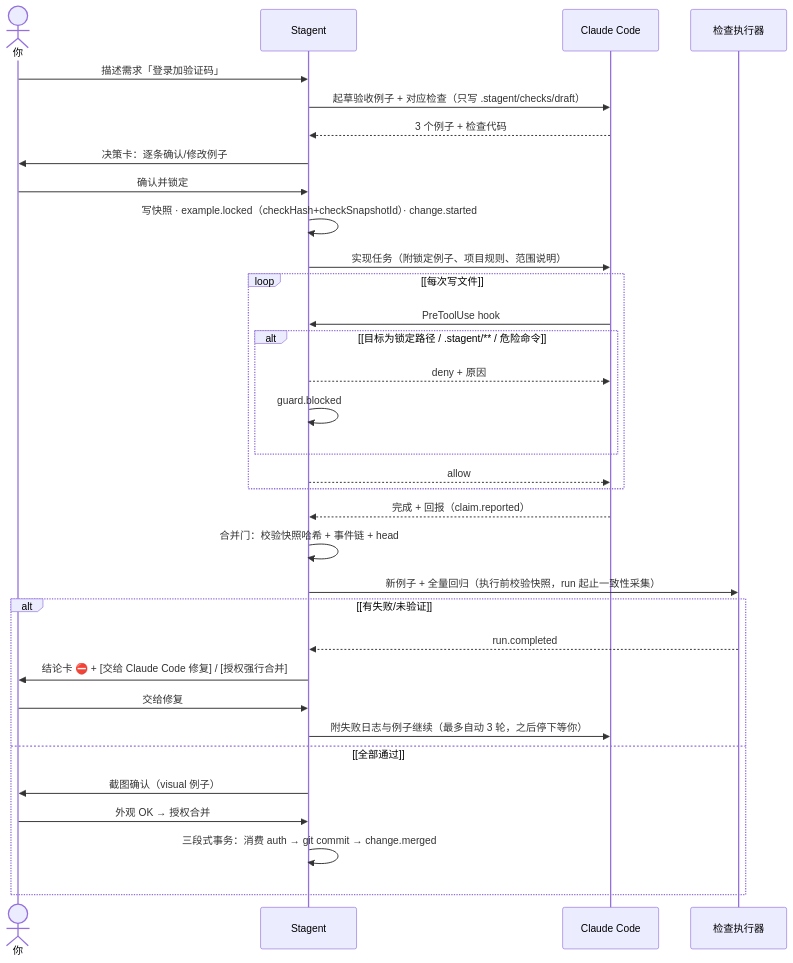
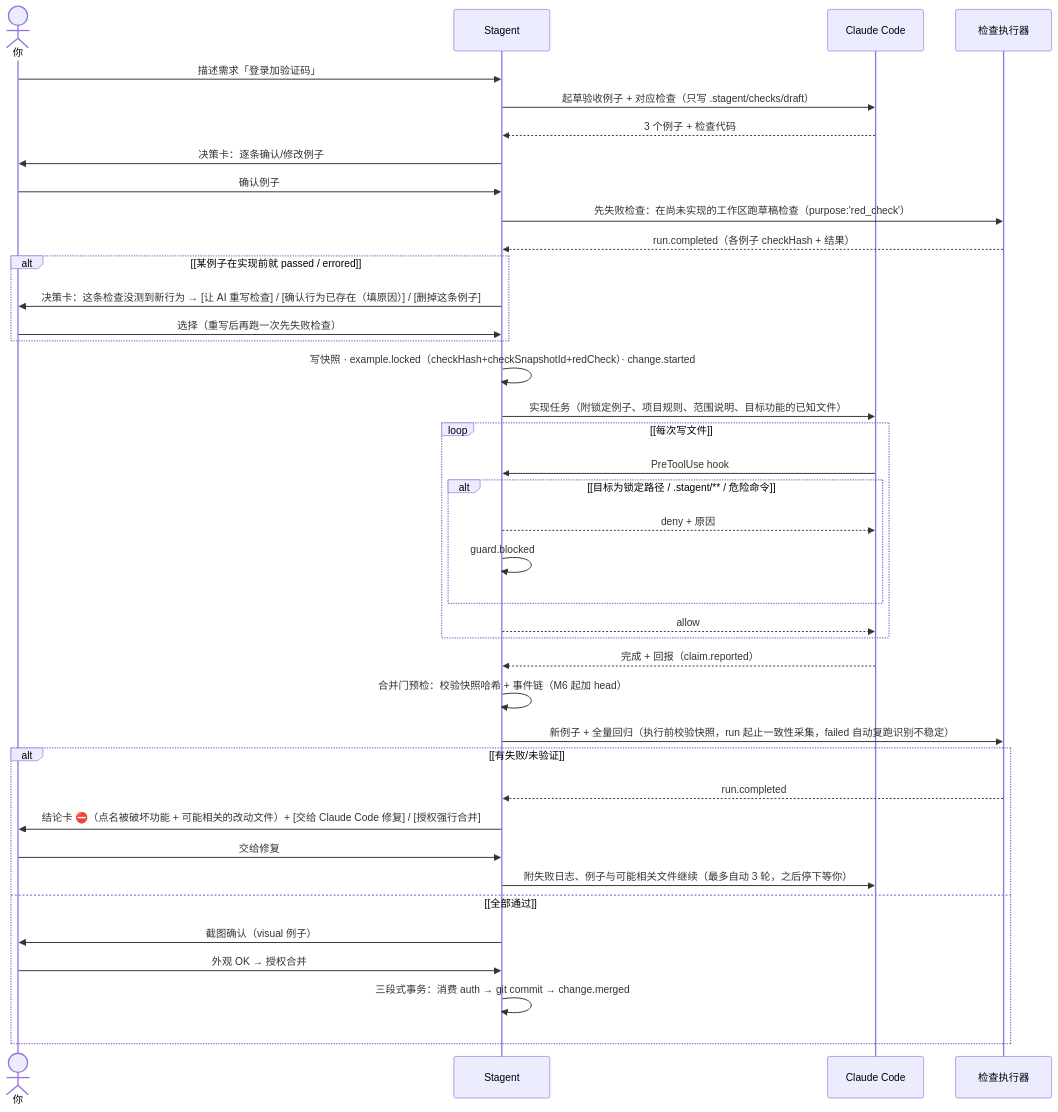
The third of 4 diagrams in docs/spec.md (Tina199507/stagent), drawn with Mermaid before and after one commit. The commit also changed other lines of this file and 1 other file, not shown here.

First line of the commit message:
docs: revise Stagent spec to v2.2

````diff
--- a/docs/spec.md
+++ b/docs/spec.md
@@ -314,39 +432,47 @@
 ```mermaid
 sequenceDiagram
     actor 你
     participant Stagent
     participant CC as Claude Code
     participant 检查执行器
 
     你->>Stagent: 描述需求「登录加验证码」
     Stagent->>CC: 起草验收例子 + 对应检查（只写 .stagent/checks/draft）
     CC-->>Stagent: 3 个例子 + 检查代码
     Stagent->>你: 决策卡：逐条确认/修改例子
-    你->>Stagent: 确认并锁定
-    Stagent->>Stagent: 写快照 · example.locked（checkHash+checkSnapshotId）· change.started
-    Stagent->>CC: 实现任务（附锁定例子、项目规则、范围说明）
+    你->>Stagent: 确认例子
+    Stagent->>检查执行器: 先失败检查：在尚未实现的工作区跑草稿检查（purpose:'red_check'）
+    检查执行器-->>Stagent: run.completed（各例子 checkHash + 结果）
+
+    alt [某例子在实现前就 passed / errored]
+        Stagent->>你: 决策卡：这条检查没测到新行为 → [让 AI 重写检查] / [确认行为已存在（填原因）] / [删掉这条例子]
+        你->>Stagent: 选择（重写后再跑一次先失败检查）
+    end
+
+    Stagent->>Stagent: 写快照 · example.locked（checkHash+checkSnapshotId+redCheck）· change.started
+    Stagent->>CC: 实现任务（附锁定例子、项目规则、范围说明、目标功能的已知文件）
 
     loop [每次写文件]
         CC->>Stagent: PreToolUse hook
         alt [目标为锁定路径 / .stagent/** / 危险命令]
             Stagent-->>CC: deny + 原因
             Stagent->>Stagent: guard.blocked
         end
         Stagent-->>CC: allow
     end
 
     CC-->>Stagent: 完成 + 回报（claim.reported）
-    Stagent->>Stagent: 合并门：校验快照哈希 + 事件链 + head
-    Stagent->>检查执行器: 新例子 + 全量回归（执行前校验快照，run 起止一致性采集）
+    Stagent->>Stagent: 合并门预检：校验快照哈希 + 事件链（M6 起加 head）
+    Stagent->>检查执行器: 新例子 + 全量回归（执行前校验快照，run 起止一致性采集，failed 自动复跑识别不稳定）
 
     alt [有失败/未验证]
         检查执行器-->>Stagent: run.completed
-        Stagent->>你: 结论卡 ⛔ + [交给 Claude Code 修复] / [授权强行合并]
+        Stagent->>你: 结论卡 ⛔（点名被破坏功能 + 可能相关的改动文件）+ [交给 Claude Code 修复] / [授权强行合并]
         你->>Stagent: 交给修复
-        Stagent->>CC: 附失败日志与例子继续（最多自动 3 轮，之后停下等你）
+        Stagent->>CC: 附失败日志、例子与可能相关文件继续（最多自动 3 轮，之后停下等你）
     else [全部通过]
         Stagent->>你: 截图确认（visual 例子）
         你->>Stagent: 外观 OK → 授权合并
         Stagent->>Stagent: 三段式事务：消费 auth → git commit → change.merged
     end
 ```
````
